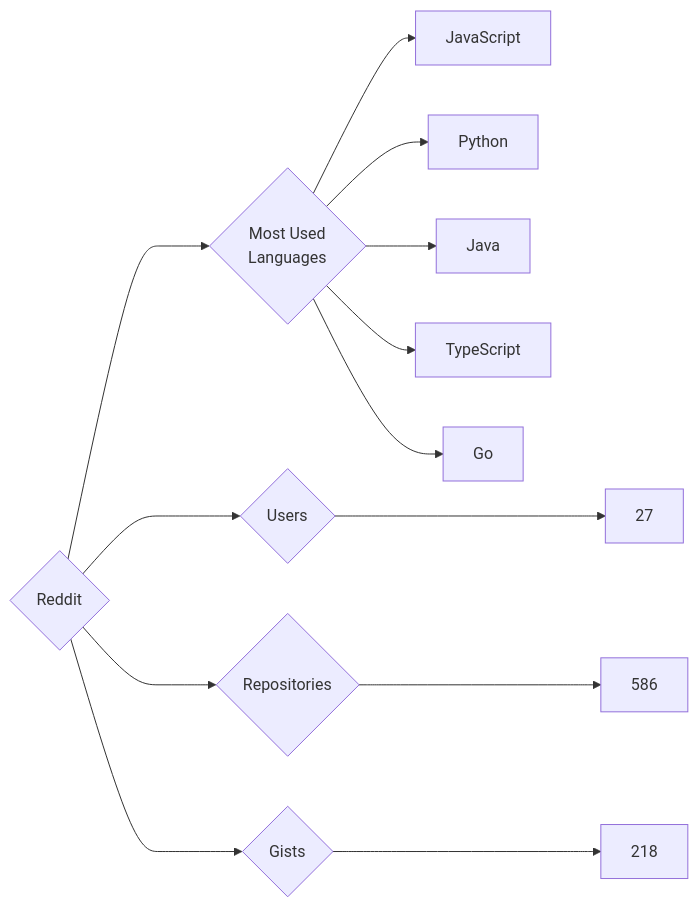
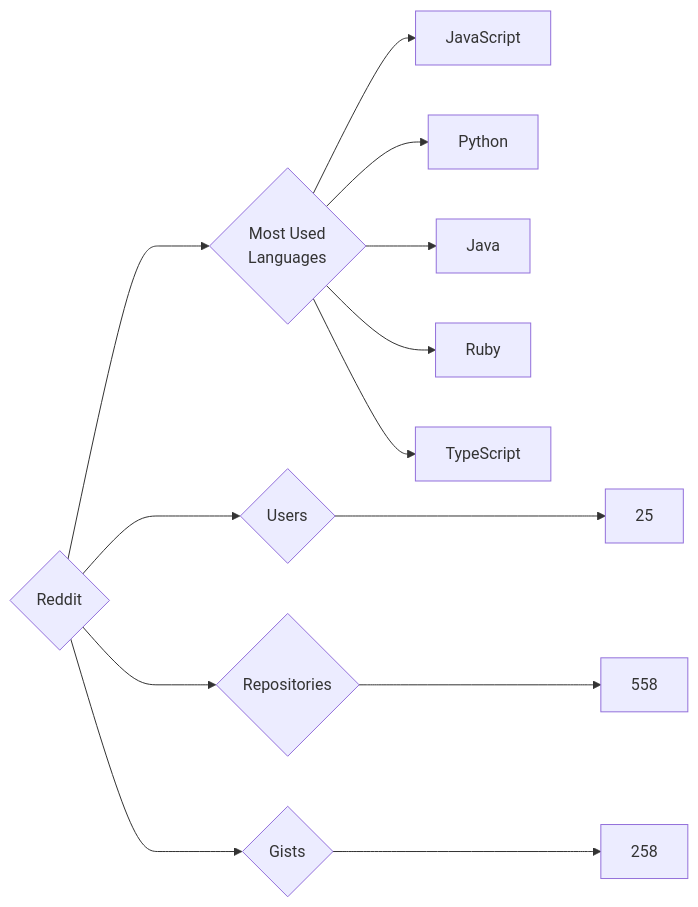
The diagram in targets/Reddit/README.md (trickest/insiders), drawn with Mermaid before and after one commit. The commit also changed 765 other files, not shown here.

````diff
--- a/targets/Reddit/README.md
+++ b/targets/Reddit/README.md
@@ -3,13 +3,13 @@
 ```mermaid
 graph LR
 COMPANY_NAME{Reddit}
-COMPANY_NAME ---> U{Users} ---> UN[27]
-COMPANY_NAME ---> R{Repositories} ---> RN[586]
-COMPANY_NAME ---> G{Gists} ---> GN[218]
+COMPANY_NAME ---> U{Users} ---> UN[25]
+COMPANY_NAME ---> R{Repositories} ---> RN[558]
+COMPANY_NAME ---> G{Gists} ---> GN[258]
 COMPANY_NAME ---> ML{Most Used<br>Languages}
 ML --> JavaScript[JavaScript]
 ML --> Python[Python]
 ML --> Java[Java]
+ML --> Ruby[Ruby]
 ML --> TypeScript[TypeScript]
-ML --> Go[Go]
 ```
````
